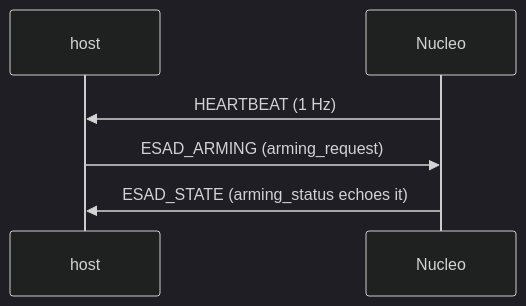
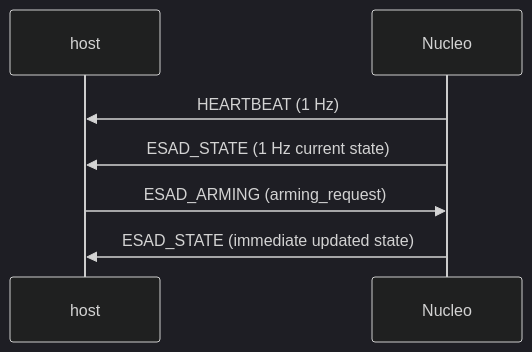
The diagram in docs/PROTOCOL.md (Dronecode/nucleo-mavlink-m-demo), drawn with Mermaid (dark theme) before and after one commit. The commit also changed other lines of this file and 4 other files, not shown here.

````diff
--- a/docs/PROTOCOL.md
+++ b/docs/PROTOCOL.md
@@ -160,8 +164,9 @@
 ```mermaid
 sequenceDiagram
     participant host
     participant Nucleo
     Nucleo->>host: HEARTBEAT (1 Hz)
+    Nucleo->>host: ESAD_STATE (1 Hz current state)
     host->>Nucleo: ESAD_ARMING (arming_request)
-    Nucleo->>host: ESAD_STATE (arming_status echoes it)
+    Nucleo->>host: ESAD_STATE (immediate updated state)
 ```
````
